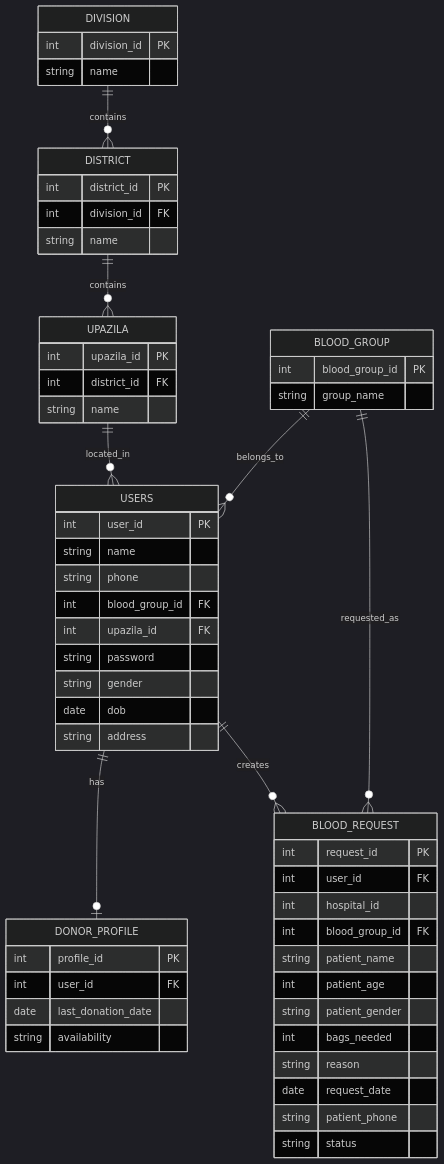
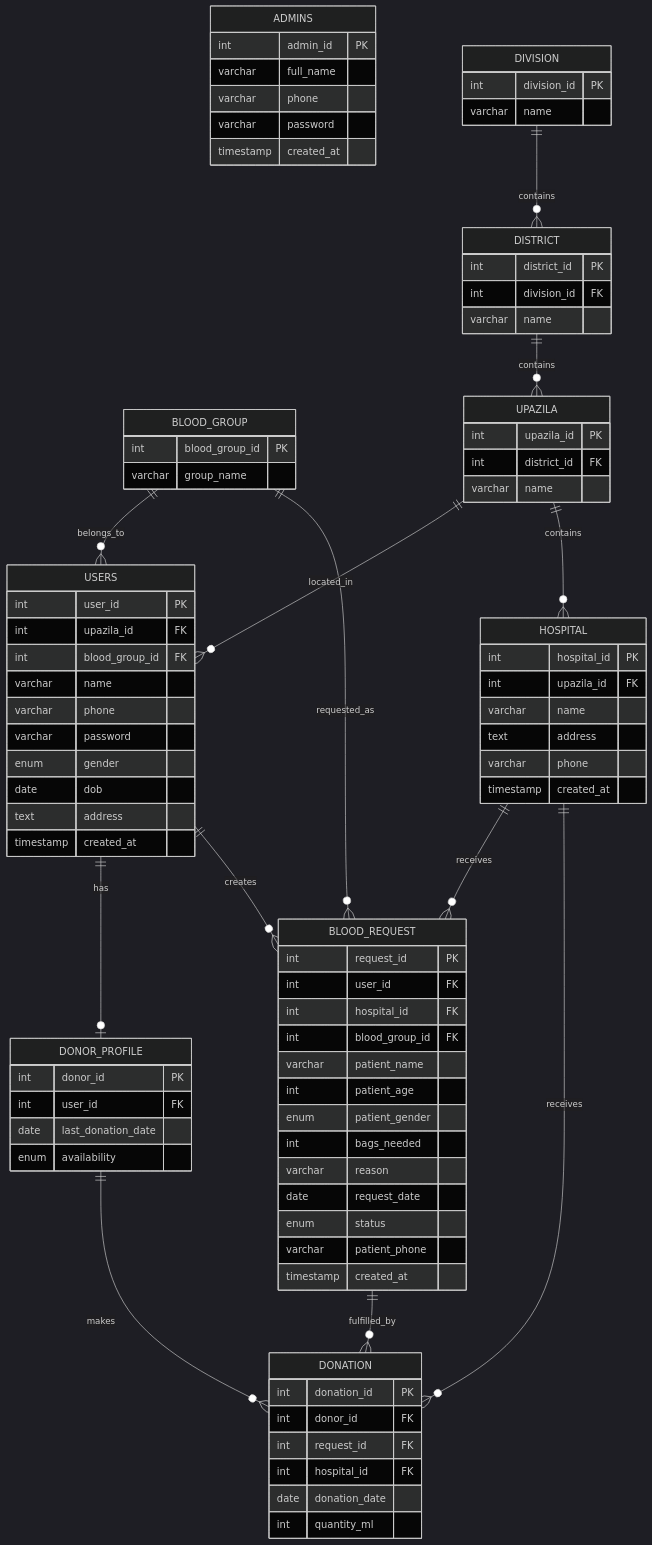
One commit to rakib-007/bdn changed the diagram in README.md. Above: the diagram before and after it, drawn with Mermaid (dark theme). The commit also changed other lines of this file, not shown here.

````diff
--- a/README.md
+++ b/README.md
@@ -14,66 +48,103 @@
 ```mermaid
 erDiagram
+
     USERS {
         int user_id PK
-        string name
-        string phone
+        int upazila_id FK
         int blood_group_id FK
-        int upazila_id FK
-        string password
-        string gender
+        varchar name
+        varchar phone
+        varchar password
+        enum gender
         date dob
-        string address
+        text address
+        timestamp created_at
     }
 
-    DONOR_PROFILE {
-        int profile_id PK
-        int user_id FK
-        date last_donation_date
-        string availability
+    ADMINS {
+        int admin_id PK
+        varchar full_name
+        varchar phone
+        varchar password
+        timestamp created_at
     }
 
     BLOOD_GROUP {
         int blood_group_id PK
-        string group_name
+        varchar group_name
     }
 
     DIVISION {
         int division_id PK
-        string name
+        varchar name
     }
 
     DISTRICT {
         int district_id PK
         int division_id FK
-        string name
+        varchar name
     }
 
     UPAZILA {
         int upazila_id PK
         int district_id FK
-        string name
+        varchar name
+    }
+
+    DONOR_PROFILE {
+        int donor_id PK
+        int user_id FK
+        date last_donation_date
+        enum availability
+    }
+
+    HOSPITAL {
+        int hospital_id PK
+        int upazila_id FK
+        varchar name
+        text address
+        varchar phone
+        timestamp created_at
     }
 
     BLOOD_REQUEST {
         int request_id PK
         int user_id FK
-        int hospital_id
+        int hospital_id FK
         int blood_group_id FK
-        string patient_name
+        varchar patient_name
         int patient_age
-        string patient_gender
+        enum patient_gender
         int bags_needed
-        string reason
+        varchar reason
         date request_date
-        string patient_phone
-        string status
+        enum status
+        varchar patient_phone
+        timestamp created_at
     }
+
+    DONATION {
+        int donation_id PK
+        int donor_id FK
+        int request_id FK
+        int hospital_id FK
+        date donation_date
+        int quantity_ml
+    }
+
+    DIVISION ||--o{ DISTRICT : contains
+    DISTRICT ||--o{ UPAZILA : contains
+    UPAZILA ||--o{ USERS : located_in
+    UPAZILA ||--o{ HOSPITAL : contains
 
     BLOOD_GROUP ||--o{ USERS : belongs_to
     USERS ||--o| DONOR_PROFILE : has
-    DIVISION ||--o{ DISTRICT : contains
-    DISTRICT ||--o{ UPAZILA : contains
-    UPAZILA ||--o{ USERS : located_in
+
+    USERS ||--o{ BLOOD_REQUEST : creates
     BLOOD_GROUP ||--o{ BLOOD_REQUEST : requested_as
-    USERS ||--o{ BLOOD_REQUEST : creates
+    HOSPITAL ||--o{ BLOOD_REQUEST : receives
+
+    DONOR_PROFILE ||--o{ DONATION : makes
+    BLOOD_REQUEST ||--o{ DONATION : fulfilled_by
+    HOSPITAL ||--o{ DONATION : receives
 ```
````
